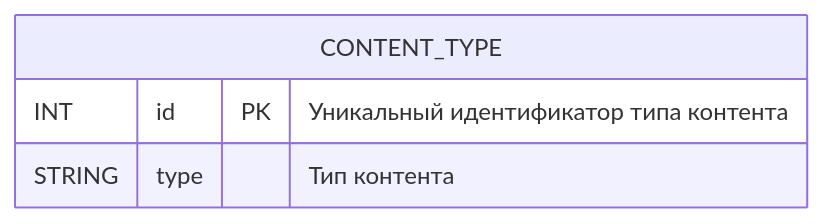
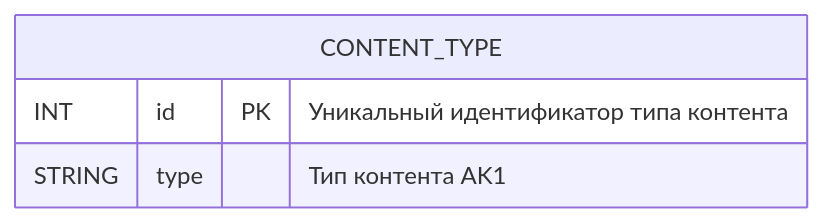
Diagram 20 of 21 in db/normalized/relations.md (go-park-mail-ru/2024_1_Cyberkotletki), drawn with Mermaid before and after one commit. The commit also changed other lines of this file and 2 other files, not shown here.

````diff
--- a/db/normalized/relations.md
+++ b/db/normalized/relations.md
@@ -506,7 +506,7 @@
 ```mermaid
 erDiagram
     CONTENT_TYPE {
         INT id PK "Уникальный идентификатор типа контента"
-        STRING type "Тип контента"
+        STRING type "Тип контента AK1"
     }
 ```
````
